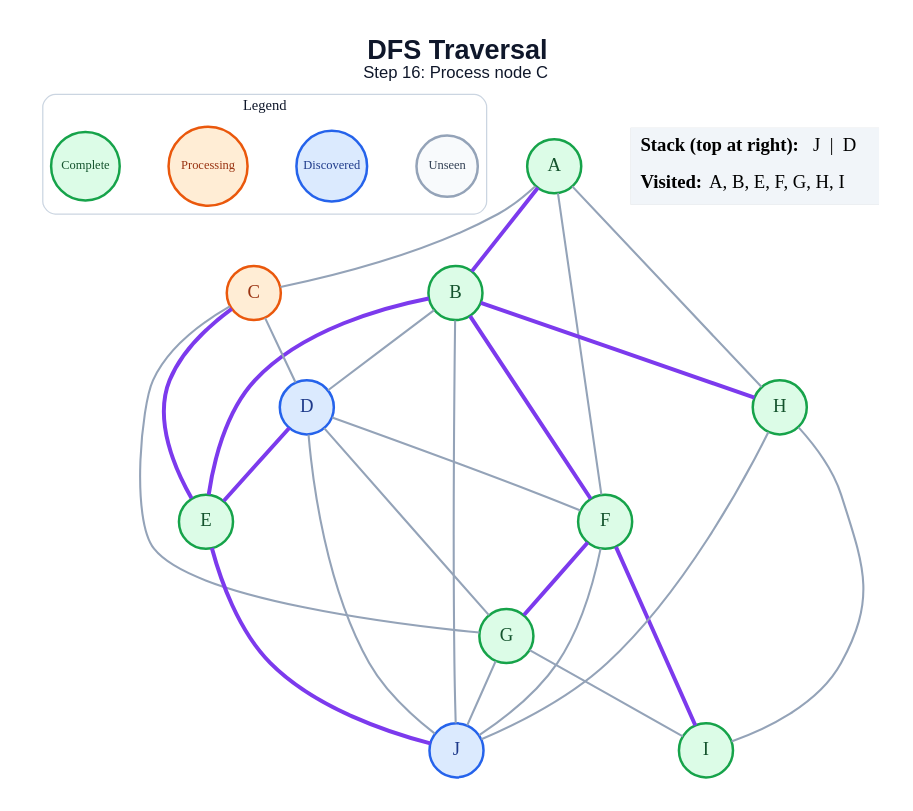
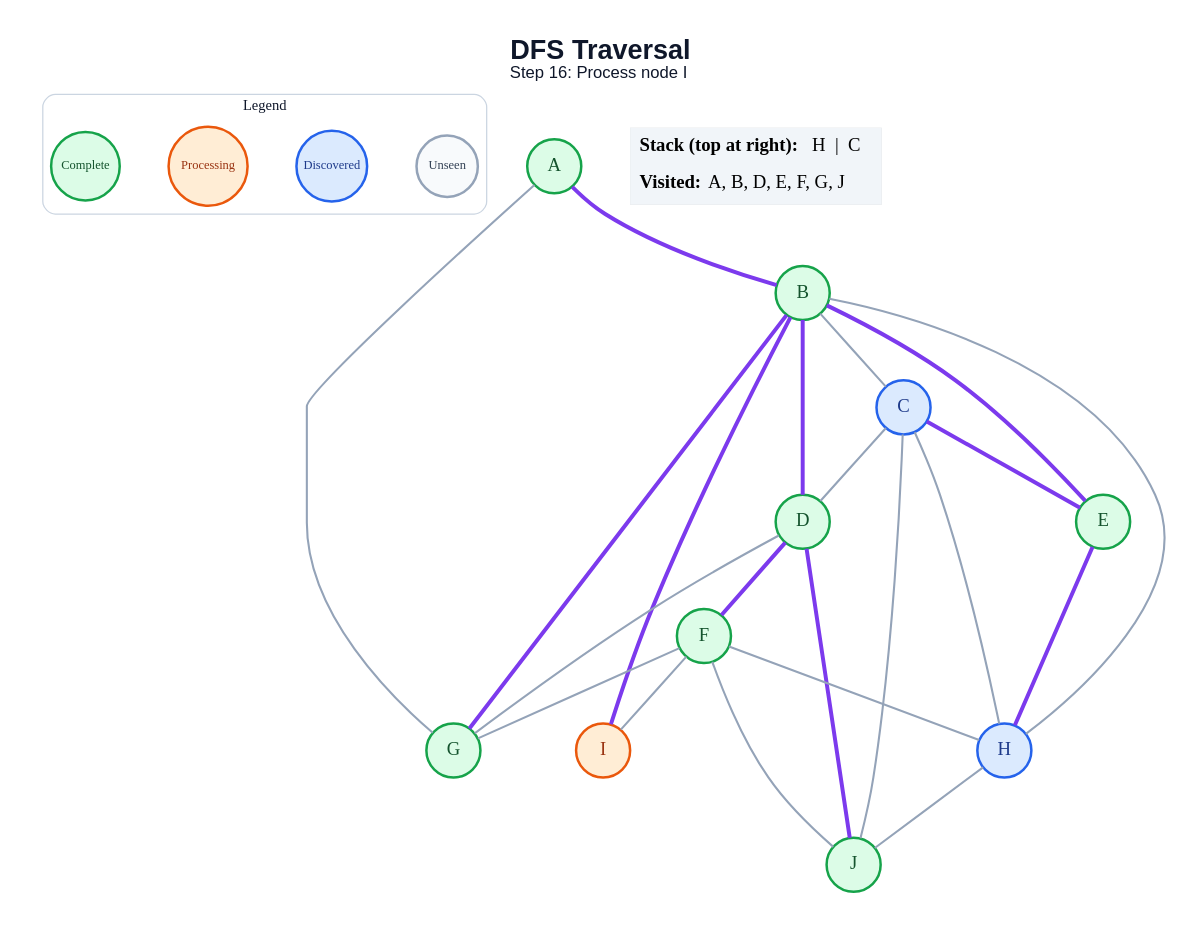
Before and after one commit to anon7238593-create/ai-slop: the diagram in generated/specific-node/dfs/step_16.dot, drawn with Graphviz. The commit also changed 171 other files, not shown here.

```diff
--- a/generated/specific-node/dfs/step_16.dot
+++ b/generated/specific-node/dfs/step_16.dot
@@ -1,53 +1,50 @@
 graph traversal {
   graph [layout=dot, rankdir=TB, bgcolor="#FFFFFF", pad="0.35", nodesep="0.65", ranksep="0.8", fontname="Arial"];
   node [shape=circle, style="filled", fontname="Arial Bold", fontsize=18, width=0.72, fixedsize=true, penwidth=2.4];
   edge [color="#94A3B8", penwidth=2.0];
-  label=<<B>DFS Traversal</B><BR/><FONT POINT-SIZE="16">Step 16: Process node C</FONT>>; labelloc="t"; fontsize=26; fontname="Arial"; fontcolor="#0F172A";
+  label=<<B>DFS Traversal</B><BR/><FONT POINT-SIZE="16">Step 16: Process node I</FONT>>; labelloc="t"; fontsize=26; fontname="Arial"; fontcolor="#0F172A";
   subgraph cluster_legend { label="Legend"; color="#CBD5E1"; penwidth=1.2; style="rounded"; fontsize=14; fontname="Arial Bold";
     key_unseen [label="Unseen", fillcolor="#F8FAFC", color="#94A3B8", fontcolor="#334155", fontsize=12, width=0.82];
     key_frontier [label="Discovered", fillcolor="#DBEAFE", color="#2563EB", fontcolor="#1E3A8A", fontsize=12, width=0.95];
     key_current [label="Processing", fillcolor="#FFEDD5", color="#EA580C", fontcolor="#9A3412", fontsize=12, width=1.05];
     key_done [label="Complete", fillcolor="#DCFCE7", color="#16A34A", fontcolor="#14532D", fontsize=12, width=0.92];
     { rank=same; key_unseen; key_frontier; key_current; key_done; }
   }
   A [fillcolor="#DCFCE7", color="#16A34A", fontcolor="#14532D"];
   B [fillcolor="#DCFCE7", color="#16A34A", fontcolor="#14532D"];
-  C [fillcolor="#FFEDD5", color="#EA580C", fontcolor="#9A3412"];
-  D [fillcolor="#DBEAFE", color="#2563EB", fontcolor="#1E3A8A"];
+  C [fillcolor="#DBEAFE", color="#2563EB", fontcolor="#1E3A8A"];
+  D [fillcolor="#DCFCE7", color="#16A34A", fontcolor="#14532D"];
   E [fillcolor="#DCFCE7", color="#16A34A", fontcolor="#14532D"];
   F [fillcolor="#DCFCE7", color="#16A34A", fontcolor="#14532D"];
   G [fillcolor="#DCFCE7", color="#16A34A", fontcolor="#14532D"];
-  H [fillcolor="#DCFCE7", color="#16A34A", fontcolor="#14532D"];
-  I [fillcolor="#DCFCE7", color="#16A34A", fontcolor="#14532D"];
-  J [fillcolor="#DBEAFE", color="#2563EB", fontcolor="#1E3A8A"];
+  H [fillcolor="#DBEAFE", color="#2563EB", fontcolor="#1E3A8A"];
+  I [fillcolor="#FFEDD5", color="#EA580C", fontcolor="#9A3412"];
+  J [fillcolor="#DCFCE7", color="#16A34A", fontcolor="#14532D"];
   A -- B [color="#7C3AED", penwidth=3.8];
-  A -- C;
-  A -- F;
-  A -- H;
-  B -- D;
+  A -- G;
+  B -- C;
+  B -- D [color="#7C3AED", penwidth=3.8];
   B -- E [color="#7C3AED", penwidth=3.8];
-  B -- F [color="#7C3AED", penwidth=3.8];
-  B -- H [color="#7C3AED", penwidth=3.8];
-  B -- J;
+  B -- G [color="#7C3AED", penwidth=3.8];
+  B -- H;
+  B -- I [color="#7C3AED", penwidth=3.8];
   C -- D;
   C -- E [color="#7C3AED", penwidth=3.8];
-  C -- G;
-  D -- E [color="#7C3AED", penwidth=3.8];
-  D -- F;
+  C -- H;
+  C -- J;
+  D -- F [color="#7C3AED", penwidth=3.8];
   D -- G;
-  D -- J;
-  E -- J [color="#7C3AED", penwidth=3.8];
-  F -- G [color="#7C3AED", penwidth=3.8];
-  F -- I [color="#7C3AED", penwidth=3.8];
+  D -- J [color="#7C3AED", penwidth=3.8];
+  E -- H [color="#7C3AED", penwidth=3.8];
+  F -- G;
+  F -- H;
+  F -- I;
   F -- J;
-  G -- I;
-  G -- J;
-  H -- I;
   H -- J;
   status [shape=plain, fixedsize=false, width=0, height=0, margin=0, label=<
     <TABLE BORDER="0" CELLBORDER="0" CELLPADDING="7" BGCOLOR="#F1F5F9">
-      <TR><TD ALIGN="LEFT"><B>Stack (top at right):</B> J  |  D</TD></TR>
-      <TR><TD ALIGN="LEFT"><B>Visited:</B> A, B, E, F, G, H, I</TD></TR>
+      <TR><TD ALIGN="LEFT"><B>Stack (top at right):</B> H  |  C</TD></TR>
+      <TR><TD ALIGN="LEFT"><B>Visited:</B> A, B, D, E, F, G, J</TD></TR>
     </TABLE>
   >];
 }
```
